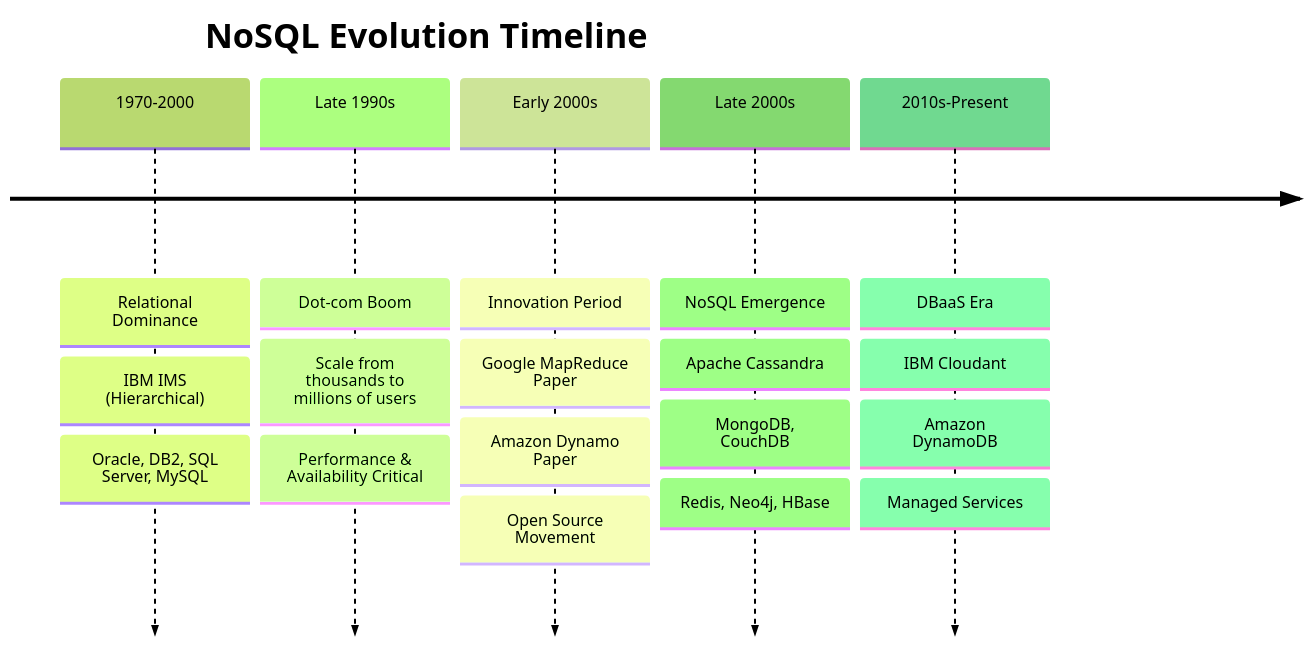
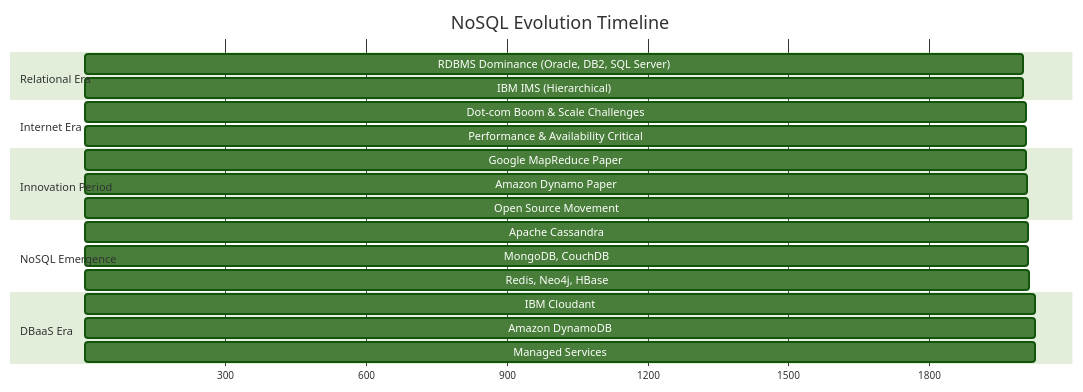
Before and after one commit to asbor/dendron-learning-vault: the second of 5 diagrams in data-engineering.nosql.overview.md, drawn with Mermaid (forest theme).

Commit message:
Fix: Replace timeline with gantt chart for better Mermaid compatibility
- Changed timeline syntax to gantt chart format for universal Mermaid support
- Maintains same chronological information in a more compatible format

````diff
--- a/data-engineering.nosql.overview.md
+++ b/data-engineering.nosql.overview.md
@@ -63,27 +63,29 @@
 ```mermaid
-timeline
+gantt
     title NoSQL Evolution Timeline
+    dateFormat X
+    axisFormat %s
 
-    1970-2000  : Relational Dominance
-              : IBM IMS (Hierarchical)
-              : Oracle, DB2, SQL Server, MySQL
+    section Relational Era
+    RDBMS Dominance (Oracle, DB2, SQL Server)  :1970, 2000
+    IBM IMS (Hierarchical)                     :1970, 2000
 
-    Late 1990s : Dot-com Boom
-              : Scale from thousands to millions of users
-              : Performance & Availability Critical
+    section Internet Era
+    Dot-com Boom & Scale Challenges           :1995, 2005
+    Performance & Availability Critical       :1998, 2005
 
-    Early 2000s : Innovation Period
-               : Google MapReduce Paper
-               : Amazon Dynamo Paper
-               : Open Source Movement
+    section Innovation Period
+    Google MapReduce Paper                     :2004, 2006
+    Amazon Dynamo Paper                        :2007, 2008
+    Open Source Movement                       :2000, 2010
 
-    Late 2000s  : NoSQL Emergence
-               : Apache Cassandra
-               : MongoDB, CouchDB
-               : Redis, Neo4j, HBase
+    section NoSQL Emergence
+    Apache Cassandra                          :2008, 2010
+    MongoDB, CouchDB                          :2009, 2011
+    Redis, Neo4j, HBase                       :2009, 2012
 
-    2010s-Present : DBaaS Era
-                  : IBM Cloudant
-                  : Amazon DynamoDB
-                  : Managed Services
+    section DBaaS Era
+    IBM Cloudant                              :2010, 2025
+    Amazon DynamoDB                           :2012, 2025
+    Managed Services                          :2015, 2025
 ```
````
